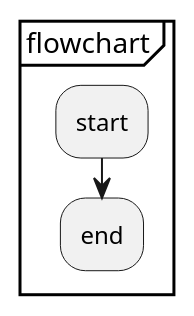
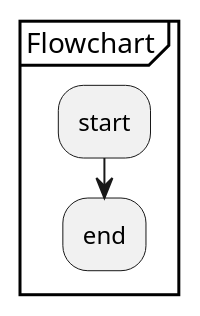
One commit to TKG2800/nuber_speed changed the diagram in flowchart.puml. Above: the diagram before and after it, drawn with PlantUML. The commit also changed 1 other file, not shown here.

```diff
--- a/flowchart.puml
+++ b/flowchart.puml
@@ -1,6 +1,6 @@
 @startuml
-group flowchart
+group Flowchart
 :start;
 :end;
 end group
 @enduml
```
